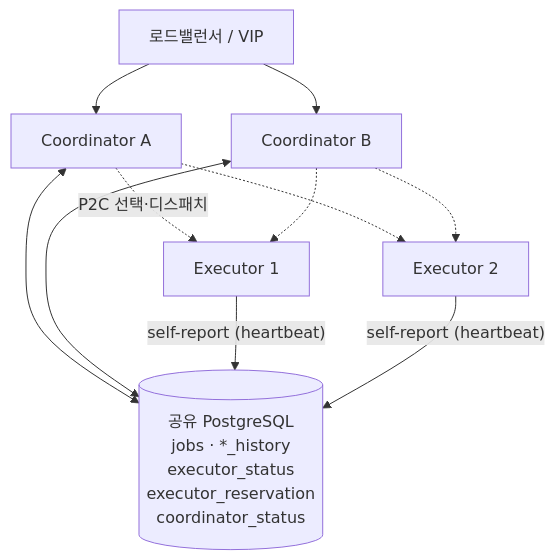
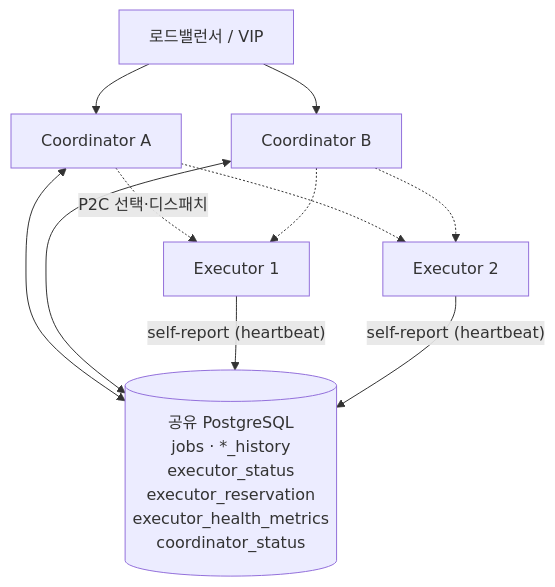
One commit to DataDynamics/distributed-query-executor changed the diagram in docs/images/performance-02.mmd. Above: the diagram before and after it, drawn with Mermaid. The commit also changed 4 other files, not shown here.

First line of the commit message:
docs: PERFORMANCE 다이어그램을 exec_mode 별 적재 경로에 맞게 정정

```diff
--- a/docs/images/performance-02.mmd
+++ b/docs/images/performance-02.mmd
@@ -1,11 +1,11 @@
 flowchart TB
     LB["로드밸런서 / VIP"] --> CA["Coordinator A"]
     LB --> CB["Coordinator B"]
-    CA <--> PG[("공유 PostgreSQL<br/>jobs · *_history<br/>executor_status<br/>executor_reservation<br/>coordinator_status")]
+    CA <--> PG[("공유 PostgreSQL<br/>jobs · *_history<br/>executor_status<br/>executor_reservation<br/>executor_health_metrics<br/>coordinator_status")]
     CB <--> PG
     EX1["Executor 1"] -- "self-report (heartbeat)" --> PG
     EX2["Executor 2"] -- "self-report (heartbeat)" --> PG
     CA -. "P2C 선택·디스패치" .-> EX1
     CA -.-> EX2
     CB -.-> EX1
     CB -.-> EX2
```
